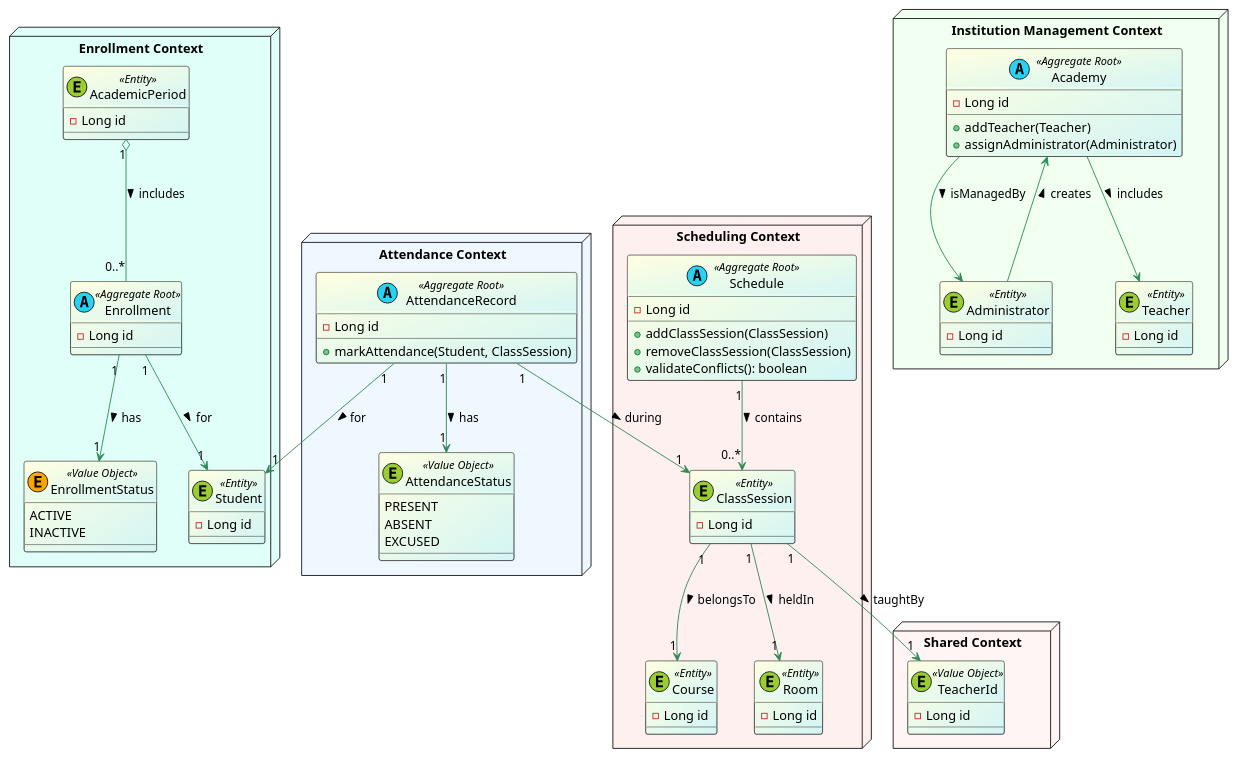
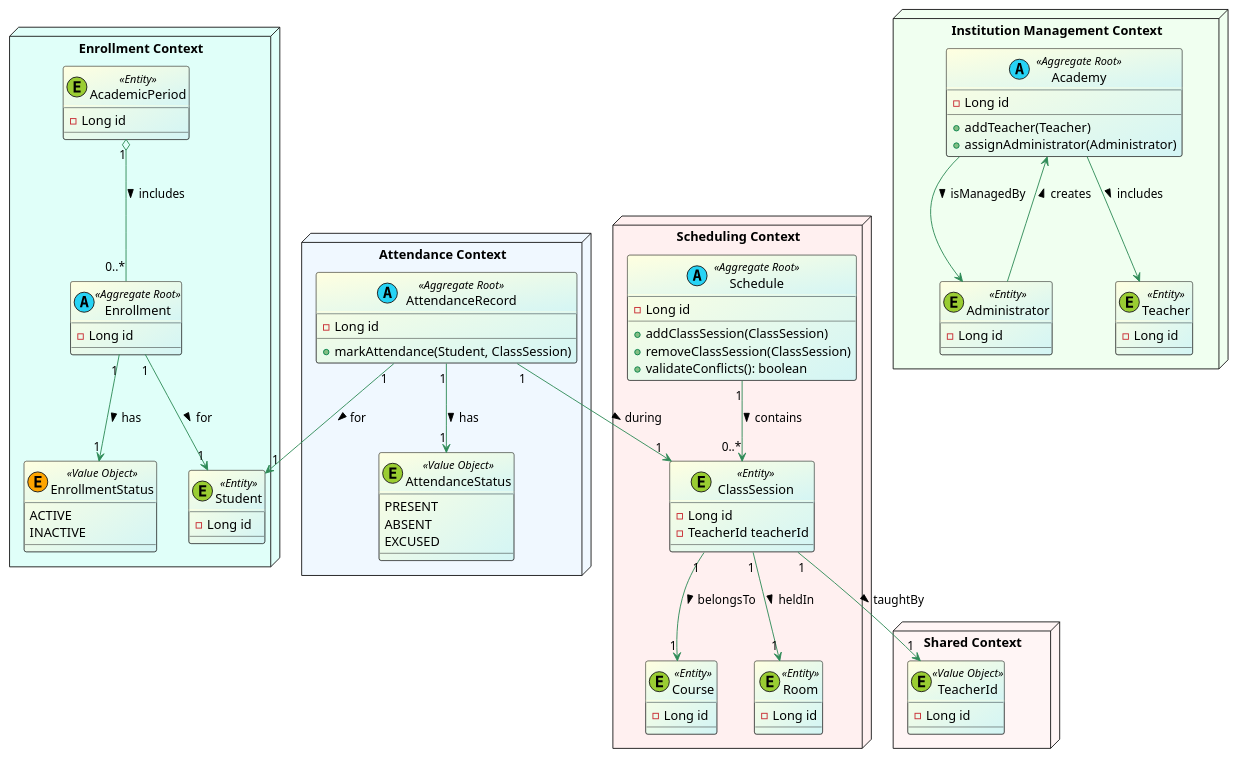
The diagram in docs/domain-diagram.puml (demy-project/api), drawn with PlantUML before and after one commit.

Commit message:
docs: add TeacherId attribute to ClassSession class in domain diagram

```diff
--- a/docs/domain-diagram.puml
+++ b/docs/domain-diagram.puml
@@ -1,98 +1,99 @@
 @startuml Demy Domain Diagram
 
 skinparam class {
     BackgroundColor LightYellow/D3F5F5
     ArrowColor SeaGreen
 }
 
 package "Enrollment Context" <<Node>> #E0FFF9 {
     class Enrollment <<(A, #27D3F5) Aggregate Root>> {
         - Long id
     }
     class Student <<(E, #9ACD32) Entity>> {
         - Long id
     }
     enum EnrollmentStatus <<(E, #FFA500) Value Object>> {
         ACTIVE
         INACTIVE
     }
     class AcademicPeriod <<(E, #9ACD32) Entity>> {
         - Long id
     }
     ' Relationships
     Enrollment "1" --> "1" Student : for >
     AcademicPeriod "1" o-- "0..*" Enrollment : includes >
     Enrollment "1" --> "1" EnrollmentStatus : has >
 }
 
 package "Institution Management Context" <<Node>> #F0FFF0 {
     class Academy <<(A, #27D3F5) Aggregate Root>> {
         - Long id
         + addTeacher(Teacher)
         + assignAdministrator(Administrator)
     }
     class Administrator <<(E, #9ACD32) Entity>> {
         - Long id
     }
 
     class Teacher <<(E, #9ACD32) Entity>> {
         - Long id
     }
     ' Relationships
     Administrator --> Academy : creates >
     Academy --> Administrator : isManagedBy >
     Academy --> Teacher : includes >
 }
 
 package "Scheduling Context" <<Node>> #FFF0F0 {
     class Schedule <<(A, #27D3F5) Aggregate Root>> {
         - Long id
         + addClassSession(ClassSession)
         + removeClassSession(ClassSession)
         + validateConflicts(): boolean
     }
 
     class ClassSession <<(E, #9ACD32) Entity>> {
         - Long id
+        - TeacherId teacherId
     }
 
     class Course <<(E, #9ACD32) Entity>> {
         - Long id
     }
 
     class Room <<(E, #9ACD32)Entity>> {
         - Long id
     }
 
     ' Relationships
     Schedule "1" --> "0..*" ClassSession : contains >
     ClassSession "1" --> "1" Course : belongsTo >
     ClassSession "1" --> "1" Room : heldIn >
 }
 
 package "Attendance Context" <<Node>> #F0F8FF {
     class AttendanceRecord <<(A, #27D3F5) Aggregate Root>> {
         - Long id
         + markAttendance(Student, ClassSession)
     }
     class AttendanceStatus <<(E, #9ACD32) Value Object>> {
         PRESENT
         ABSENT
         EXCUSED
     }
     ' Relationships
     AttendanceRecord "1" --> "1" Student : for >
     AttendanceRecord "1" --> "1" ClassSession : during >
     AttendanceRecord "1" --> "1" AttendanceStatus : has >
 }
 
 package "Shared Context" as sc <<Node>> #FFF5F5 {
     class TeacherId <<(E, #9ACD32) Value Object>> {
         - Long id
     }
 }
 
 ' Define relationships between contexts
 ClassSession "1" --> "1" TeacherId : taughtBy >
 
 @enduml
```
